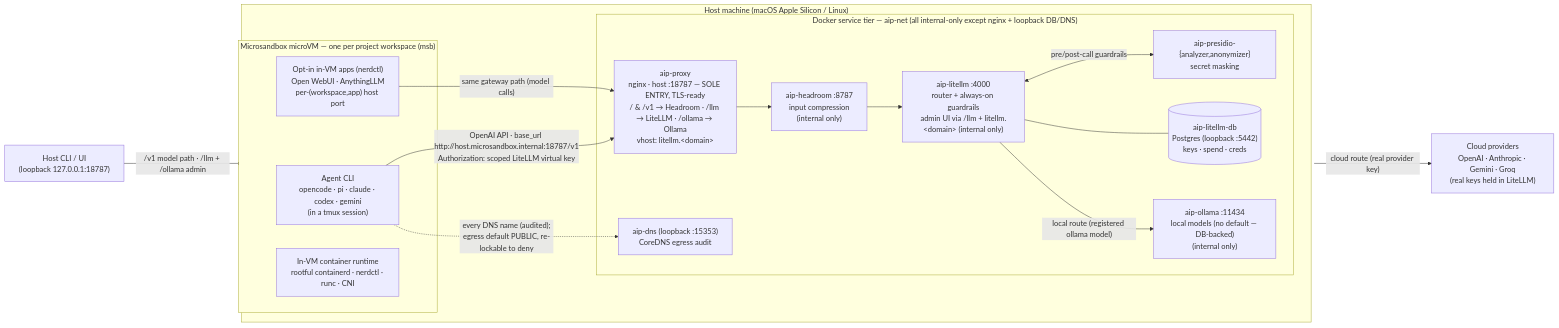
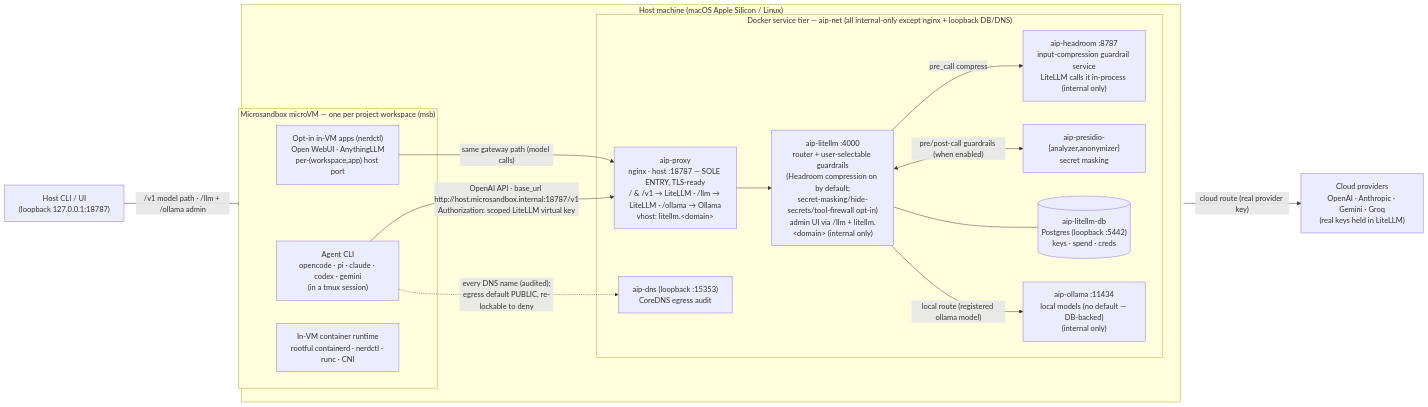
One commit to jt-helsinki/stack-genie changed the diagram in docs/ARCHITECTURE.md. Above: the diagram before and after it, drawn with Mermaid. The commit also changed other lines of this file and 11 other files, not shown here.

First line of the commit message:
docs/spec: reconcile Headroom guardrail + user-selectable guardrails with the code

````diff
--- a/docs/ARCHITECTURE.md
+++ b/docs/ARCHITECTURE.md
@@ -14,35 +14,36 @@
 ```mermaid
 flowchart LR
   subgraph host["Host machine (macOS Apple Silicon / Linux)"]
     direction LR
 
     subgraph vm["Microsandbox microVM — one per project workspace (msb)"]
       agent["Agent CLI<br/>opencode · pi · claude · codex · gemini<br/>(in a tmux session)"]
       runtime["In-VM container runtime<br/>rootful containerd · nerdctl · runc · CNI"]
       apps["Opt-in in-VM apps (nerdctl)<br/>Open WebUI · AnythingLLM<br/>per-(workspace,app) host port"]
     end
 
     subgraph tier["Docker service tier — aip-net (all internal-only except nginx + loopback DB/DNS)"]
-      proxy["aip-proxy<br/>nginx · host :18787 — SOLE ENTRY, TLS-ready<br/>/ &amp; /v1 → Headroom · /llm → LiteLLM · /ollama → Ollama<br/>vhost: litellm.&lt;domain&gt;"]
-      headroom["aip-headroom :8787<br/>input compression<br/>(internal only)"]
-      litellm["aip-litellm :4000<br/>router + always-on guardrails<br/>admin UI via /llm + litellm.&lt;domain&gt; (internal only)"]
+      proxy["aip-proxy<br/>nginx · host :18787 — SOLE ENTRY, TLS-ready<br/>/ &amp; /v1 → LiteLLM · /llm → LiteLLM · /ollama → Ollama<br/>vhost: litellm.&lt;domain&gt;"]
+      headroom["aip-headroom :8787<br/>input-compression guardrail service<br/>LiteLLM calls it in-process (internal only)"]
+      litellm["aip-litellm :4000<br/>router + user-selectable guardrails<br/>(Headroom compression on by default;<br/>secret-masking/hide-secrets/tool-firewall opt-in)<br/>admin UI via /llm + litellm.&lt;domain&gt; (internal only)"]
       db[("aip-litellm-db<br/>Postgres (loopback :5442)<br/>keys · spend · creds")]
       presidio["aip-presidio-{analyzer,anonymizer}<br/>secret masking"]
       ollama["aip-ollama :11434<br/>local models (no default — DB-backed)<br/>(internal only)"]
       dns["aip-dns (loopback :15353)<br/>CoreDNS egress audit"]
     end
   end
 
   cli["Host CLI / UI<br/>(loopback 127.0.0.1:18787)"]
   cloud["Cloud providers<br/>OpenAI · Anthropic · Gemini · Groq<br/>(real keys held in LiteLLM)"]
 
   agent -->|"OpenAI API · base_url http://host.microsandbox.internal:18787/v1<br/>Authorization: scoped LiteLLM virtual key"| proxy
   apps -->|"same gateway path (model calls)"| proxy
   cli -->|"/v1 model path · /llm + /ollama admin"| proxy
   agent -. "every DNS name (audited);<br/>egress default PUBLIC, re-lockable to deny" .-> dns
-  proxy --> headroom --> litellm
-  litellm <-->|"pre/post-call guardrails"| presidio
+  proxy --> litellm
+  litellm -->|"pre_call compress"| headroom
+  litellm <-->|"pre/post-call guardrails (when enabled)"| presidio
   litellm --- db
   litellm -->|"local route (registered ollama model)"| ollama
   litellm -->|"cloud route (real provider key)"| cloud
 ```
````
